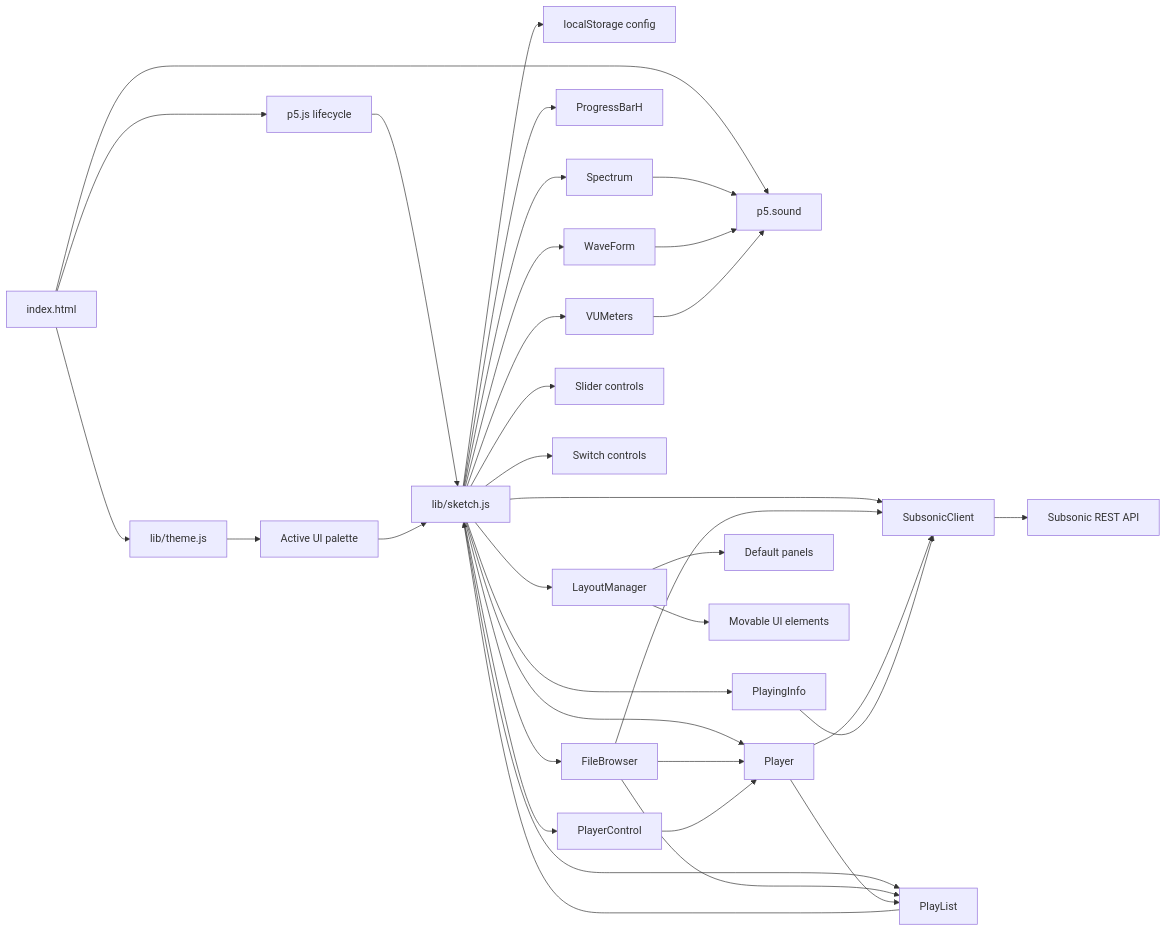
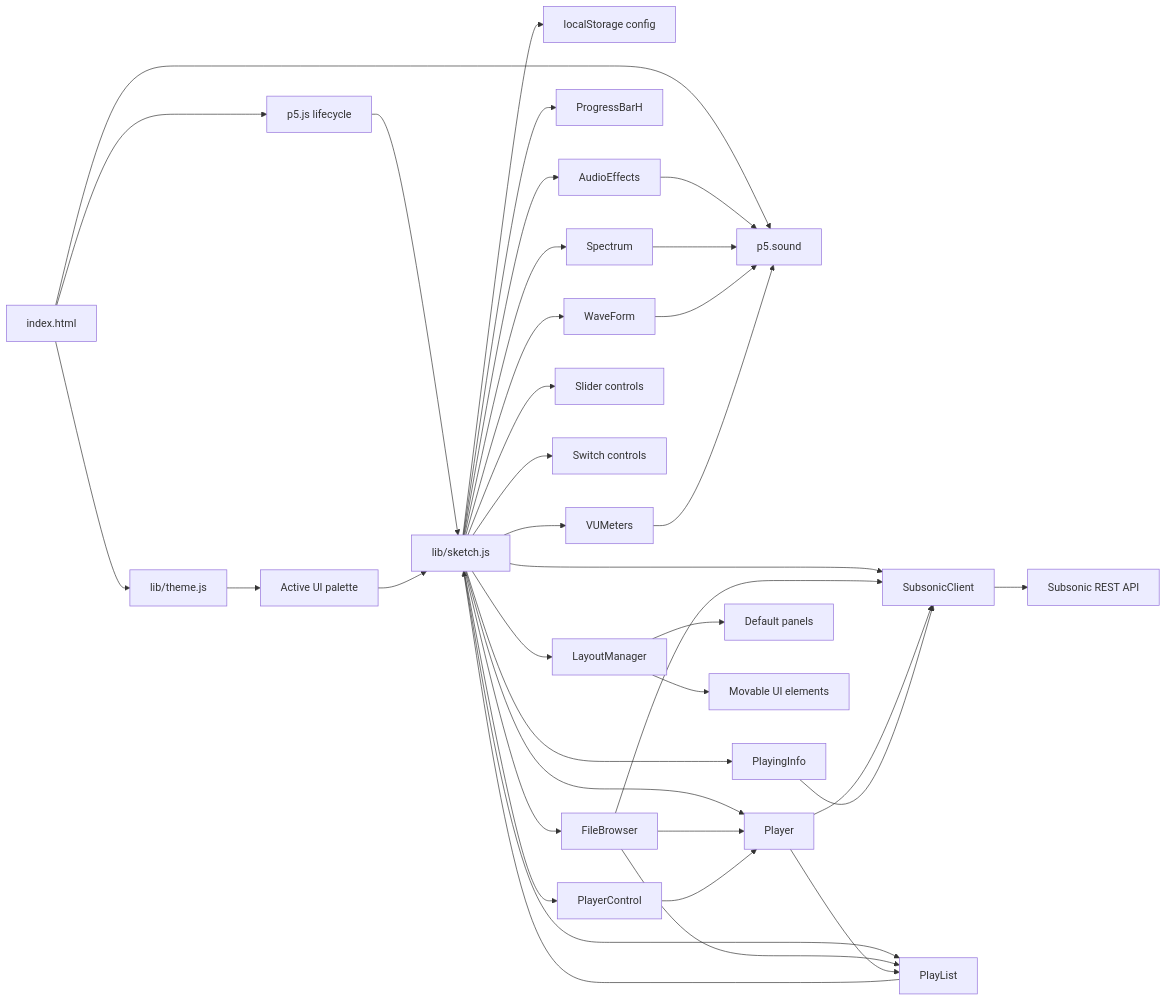
One commit to Leorivasc/neon_deck changed the first of 11 diagrams in doc/diagrams.md. Above: the diagram before and after it, drawn with Mermaid. The commit also changed other lines of this file and 5 other files, not shown here.

````diff
--- a/doc/diagrams.md
+++ b/doc/diagrams.md
@@ -7,39 +7,41 @@
 ```mermaid
 flowchart LR
     HTML[index.html] --> P5[p5.js lifecycle]
     HTML --> Sound[p5.sound]
     HTML --> Theme[lib/theme.js]
     P5 --> Sketch[lib/sketch.js]
 
     Theme --> UI[Active UI palette]
     UI --> Sketch
     Sketch --> Config[localStorage config]
     Sketch --> Client[SubsonicClient]
     Sketch --> Browser[FileBrowser]
     Sketch --> Queue[PlayList]
     Sketch --> Info[PlayingInfo]
     Sketch --> Progress[ProgressBarH]
     Sketch --> Spectrum[Spectrum]
     Sketch --> Waveform[WaveForm]
     Sketch --> VUMeters[VUMeters]
     Sketch --> Sliders[Slider controls]
     Sketch --> Switches[Switch controls]
     Sketch --> PlayerControl[PlayerControl]
     Sketch --> Layout[LayoutManager]
+    Sketch --> AudioEffects[AudioEffects]
     Sketch --> Player[Player]
 
     Client --> Server[Subsonic REST API]
     Browser --> Client
     Browser --> Queue
     Browser --> Player
     Player --> Queue
     Player --> Client
     PlayerControl --> Player
+    AudioEffects --> Sound
     Queue --> Sketch
     Info --> Client
     Spectrum --> Sound
     Waveform --> Sound
     VUMeters --> Sound
     Layout --> Panels[Default panels]
     Layout --> Movables[Movable UI elements]
 ```
````
